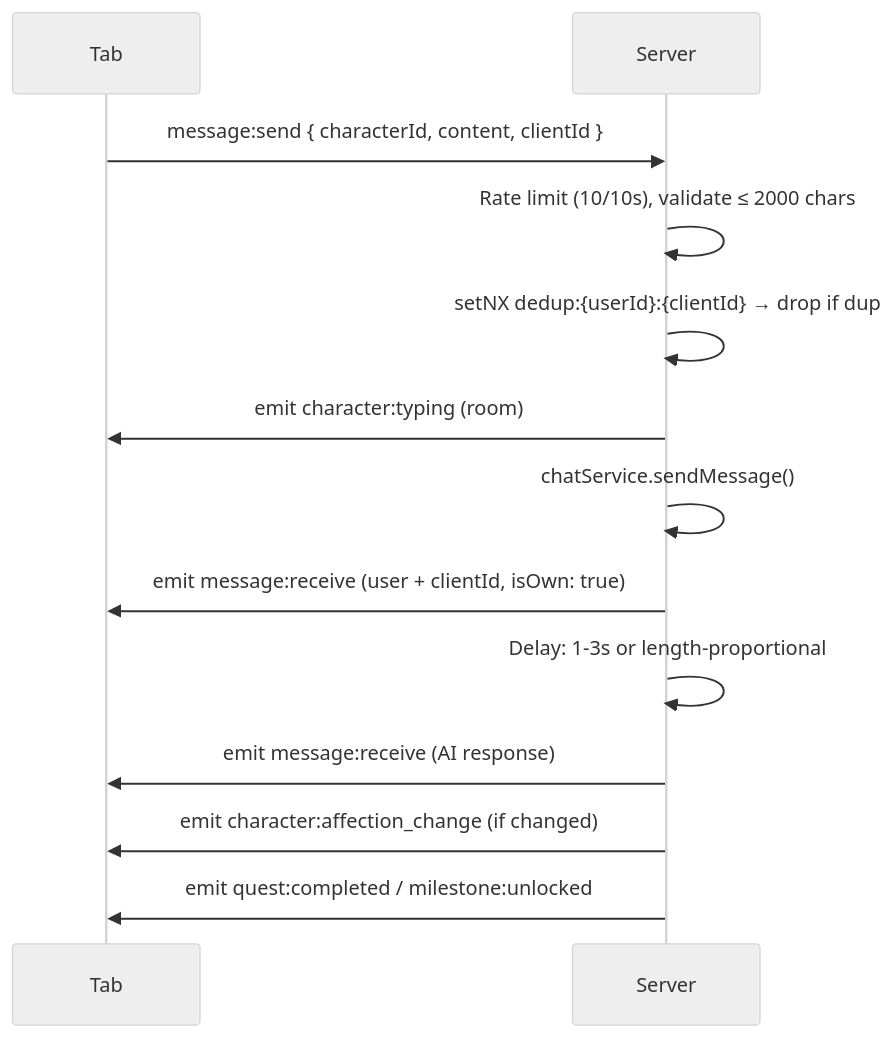
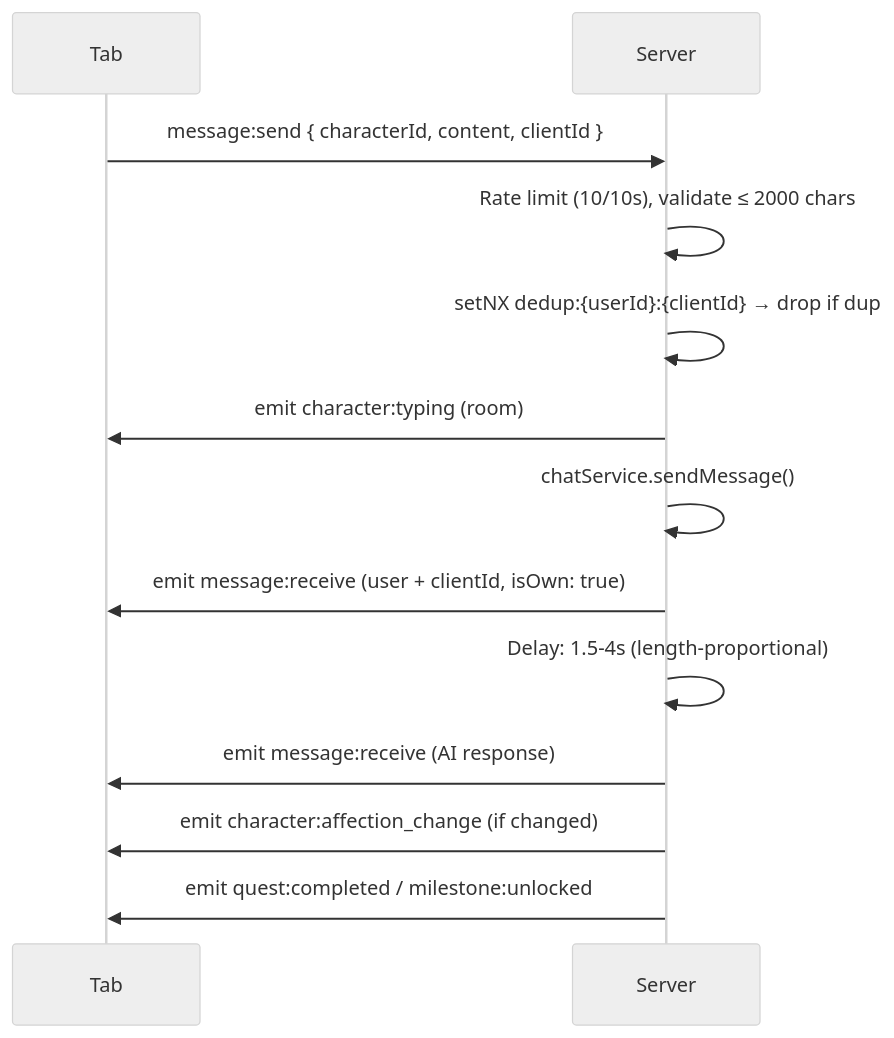
One commit to haidonglethqb/VirtualGfriend changed the second of 2 diagrams in docs/system/backend/socket-handlers.md. Above: the diagram before and after it, drawn with Mermaid (neutral theme). The commit also changed other lines of this file and 17 other files, not shown here.

````diff
--- a/docs/system/backend/socket-handlers.md
+++ b/docs/system/backend/socket-handlers.md
@@ -36,15 +36,15 @@
 ```mermaid
 sequenceDiagram
   participant T as Tab
   participant S as Server
   T->>S: message:send { characterId, content, clientId }
   S->>S: Rate limit (10/10s), validate ≤ 2000 chars
   S->>S: setNX dedup:{userId}:{clientId} → drop if dup
   S->>T: emit character:typing (room)
   S->>S: chatService.sendMessage()
   S->>T: emit message:receive (user + clientId, isOwn: true)
-  S->>S: Delay: 1-3s or length-proportional
+  S->>S: Delay: 1.5-4s (length-proportional)
   S->>T: emit message:receive (AI response)
   S->>T: emit character:affection_change (if changed)
   S->>T: emit quest:completed / milestone:unlocked
 ```
````
